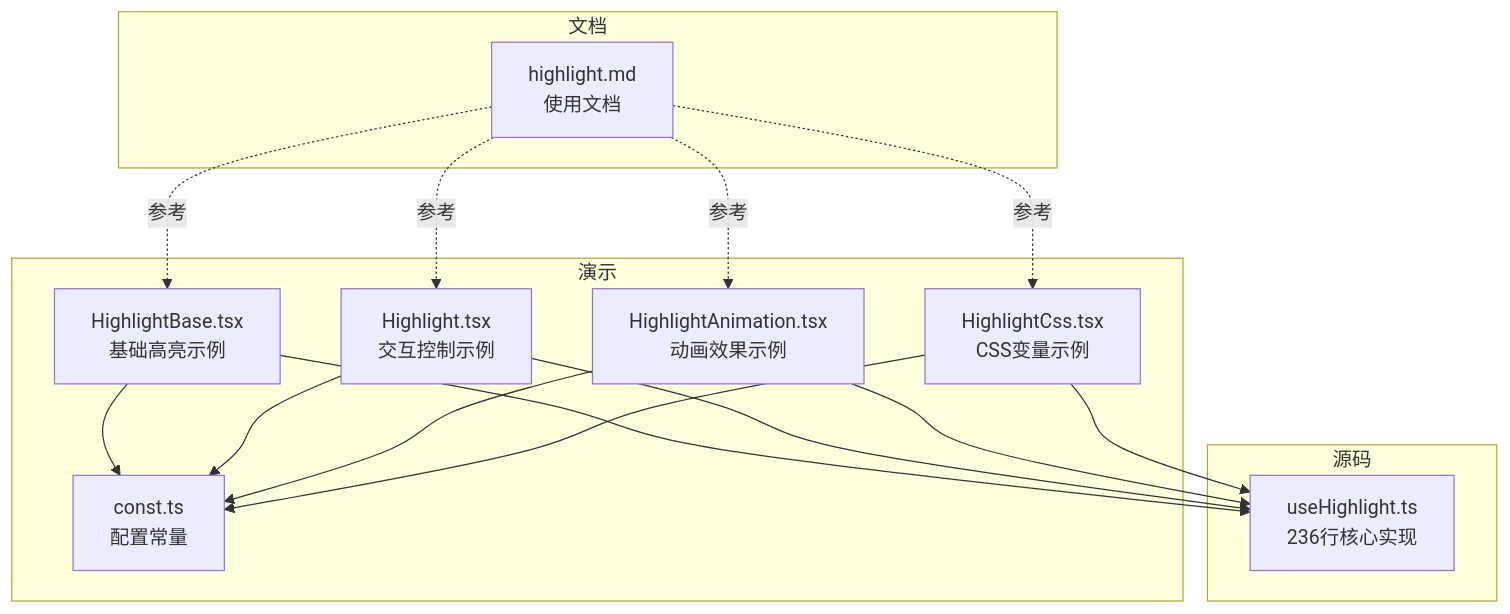
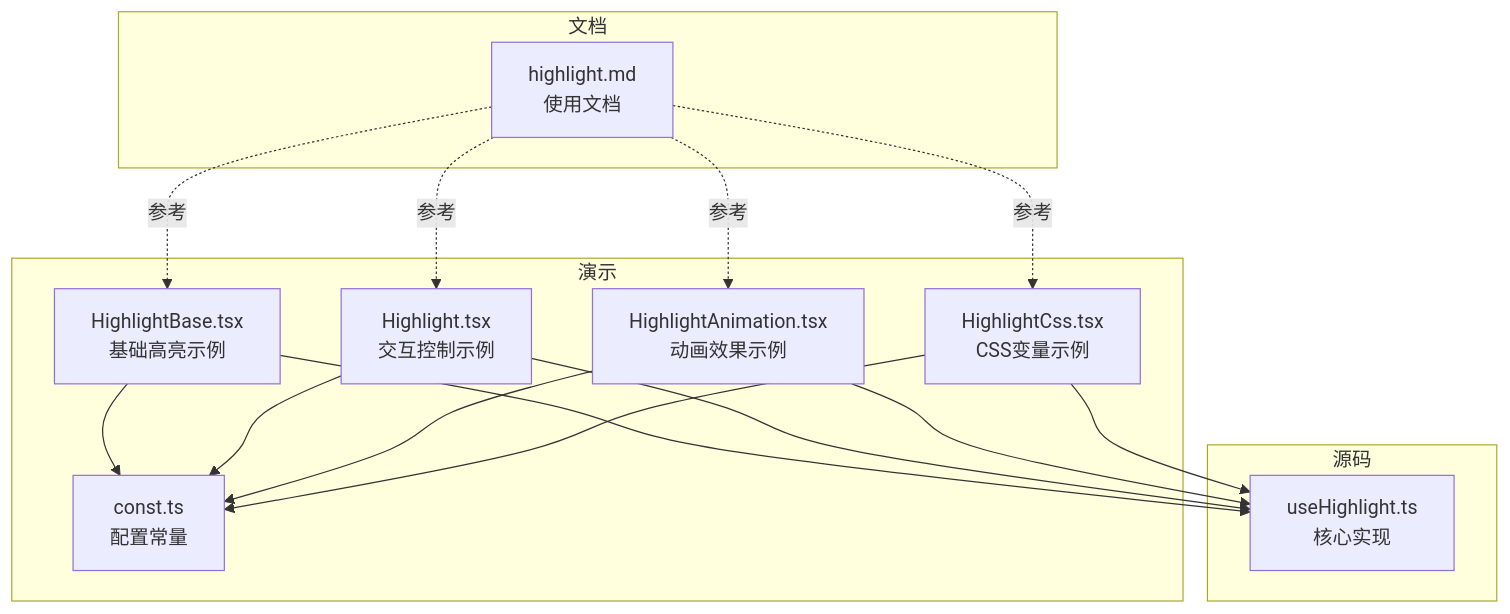
The first of 4 diagrams in .qoder/repowiki/zh/content/自定义与扩展/高亮钩子 (useHighlight).md (ja-plus/stk-table-react), drawn with Mermaid before and after one commit. The commit also changed other lines of this file and 7 other files, not shown here.

````diff
--- a/.qoder/repowiki/zh/content/自定义与扩展/高亮钩子 (useHighlight).md
+++ b/.qoder/repowiki/zh/content/自定义与扩展/高亮钩子 (useHighlight).md
@@ -44,28 +44,28 @@
 ```mermaid
 graph TB
 subgraph "源码"
-H["useHighlight.ts<br/>236行核心实现"]
+H["useHighlight.ts<br/>核心实现"]
 end
 subgraph "演示"
 HB["HighlightBase.tsx<br/>基础高亮示例"]
 HA["Highlight.tsx<br/>交互控制示例"]
 HAN["HighlightAnimation.tsx<br/>动画效果示例"]
 HC["HighlightCss.tsx<br/>CSS变量示例"]
 C["const.ts<br/>配置常量"]
 end
 subgraph "文档"
 D["highlight.md<br/>使用文档"]
 end
 HB --> H
 HA --> H
 HAN --> H
 HC --> H
 HB --> C
 HA --> C
 HAN --> C
 HC --> C
 D -.参考.-> HB
 D -.参考.-> HA
 D -.参考.-> HAN
 D -.参考.-> HC
 ```
````
